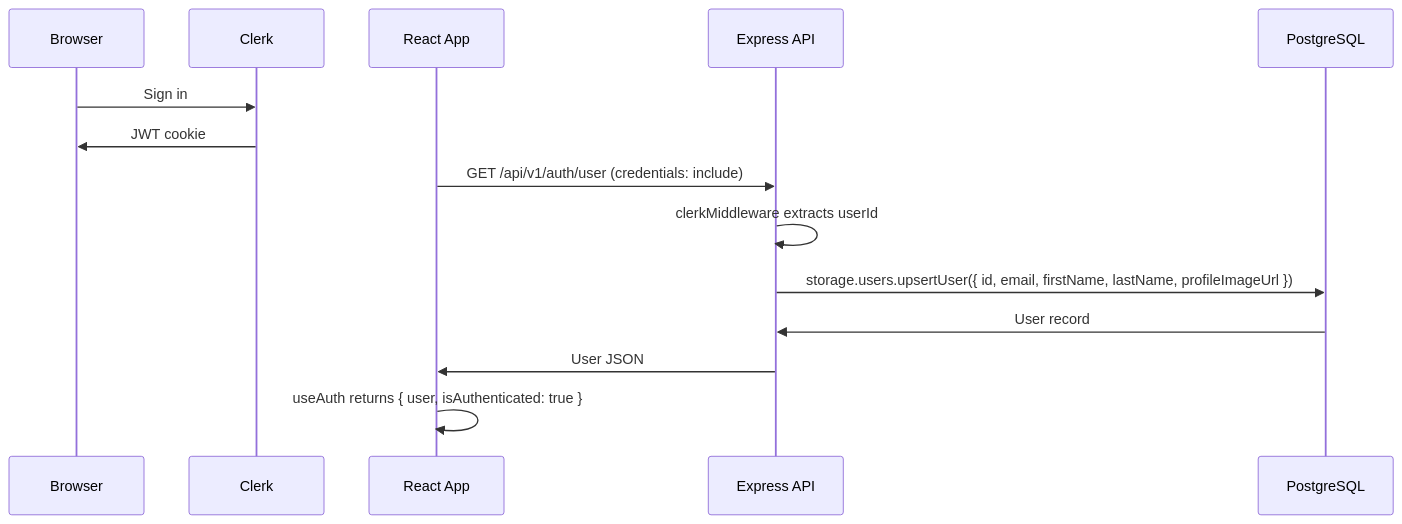
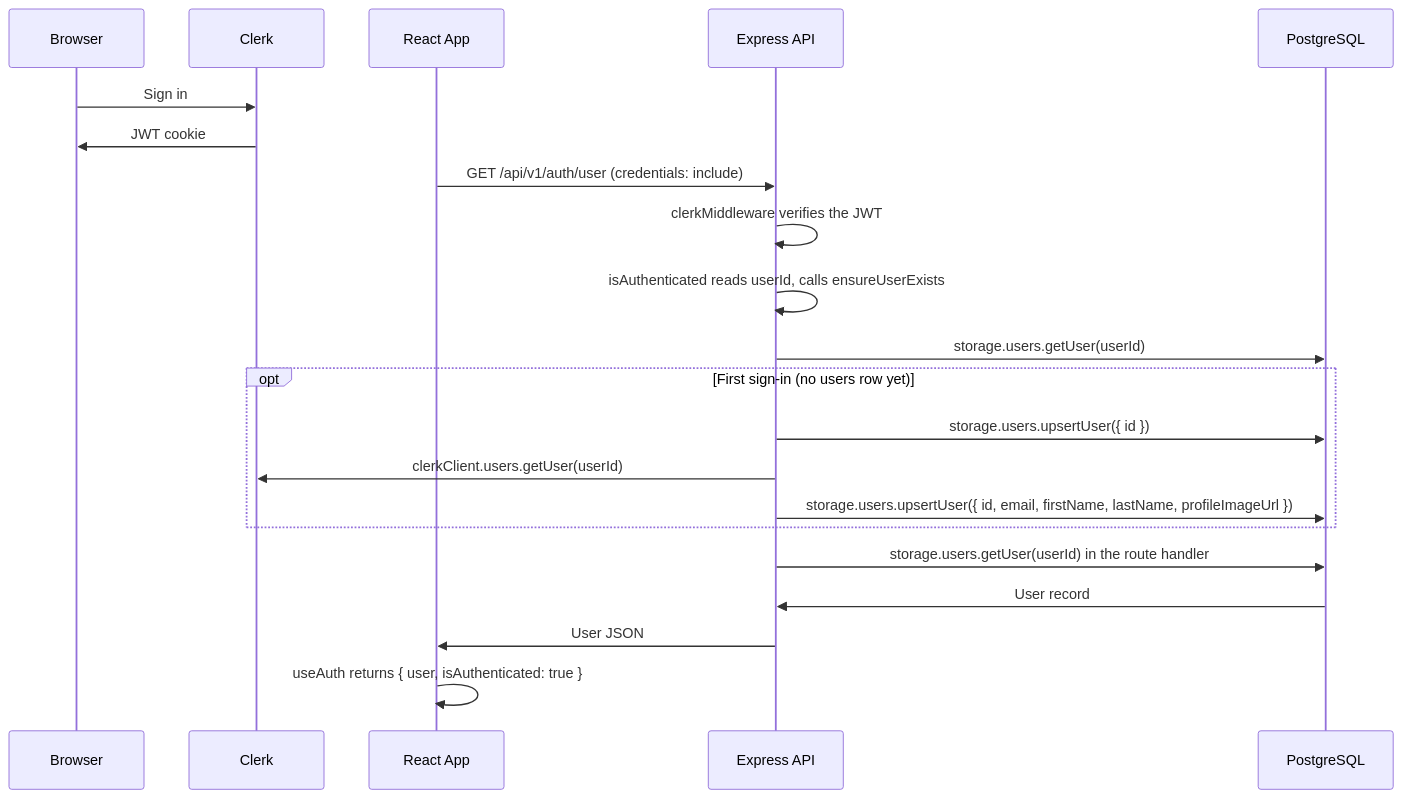
The diagram in docs/authentication.md (daler91/Hyrox-Companion), drawn with Mermaid before and after one commit. The commit also changed other lines of this file and 1 other file, not shown here.

First line of the commit message:
Docs: authentication.md and coach-memory-spec.md, first deep-pass corrections

````diff
--- a/docs/authentication.md
+++ b/docs/authentication.md
@@ -64,17 +73,24 @@
 ```mermaid
 sequenceDiagram
     participant Browser
     participant Clerk
     participant React as React App
     participant API as Express API
     participant DB as PostgreSQL
     
     Browser->>Clerk: Sign in
     Clerk->>Browser: JWT cookie
     React->>API: GET /api/v1/auth/user (credentials: include)
-    API->>API: clerkMiddleware extracts userId
-    API->>DB: storage.users.upsertUser({ id, email, firstName, lastName, profileImageUrl })
+    API->>API: clerkMiddleware verifies the JWT
+    API->>API: isAuthenticated reads userId, calls ensureUserExists
+    API->>DB: storage.users.getUser(userId)
+    opt First sign-in (no users row yet)
+        API->>DB: storage.users.upsertUser({ id })
+        API->>Clerk: clerkClient.users.getUser(userId)
+        API->>DB: storage.users.upsertUser({ id, email, firstName, lastName, profileImageUrl })
+    end
+    API->>DB: storage.users.getUser(userId) in the route handler
     DB->>API: User record
     API->>React: User JSON
     React->>React: useAuth returns { user, isAuthenticated: true }
 ```
````
